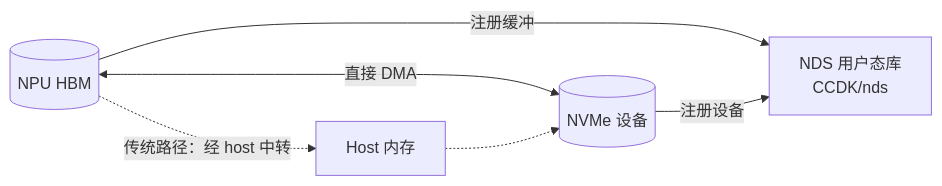
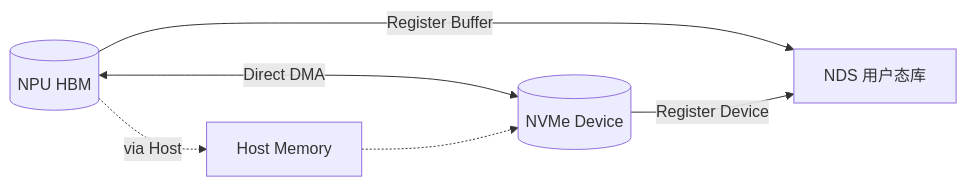
One commit to yz53665/Mooncake changed the first of 11 diagrams in docs/rfc-nds-nvmeof-transport-cn.md. Above: the diagram before and after it, drawn with Mermaid. The commit also changed other lines of this file and 2 other files, not shown here.

````diff
--- a/docs/rfc-nds-nvmeof-transport-cn.md
+++ b/docs/rfc-nds-nvmeof-transport-cn.md
@@ -25,12 +18,7 @@
 ```mermaid
 graph LR
-    HBM[(NPU HBM)]
-    NDSL[NDS 用户态库<br/>CCDK/nds]
-    NVME[(NVMe 设备)]
-    HOST[Host 内存]
-    HBM -- 注册缓冲 --> NDSL
-    NVME -- 注册设备 --> NDSL
-    HBM <-->|直接 DMA| NVME
-    HBM -. 传统路径：经 host 中转 .-> HOST
-    HOST -.-> NVME
+    HBM[(NPU HBM)] <-->|Direct DMA| NVME[(NVMe Device)]
+    HBM -- Register Buffer --> NDSL[NDS 用户态库]
+    NVME -- Register Device --> NDSL
+    HBM -.->|via Host| HOST[Host Memory] -.-> NVME
 ```
````
